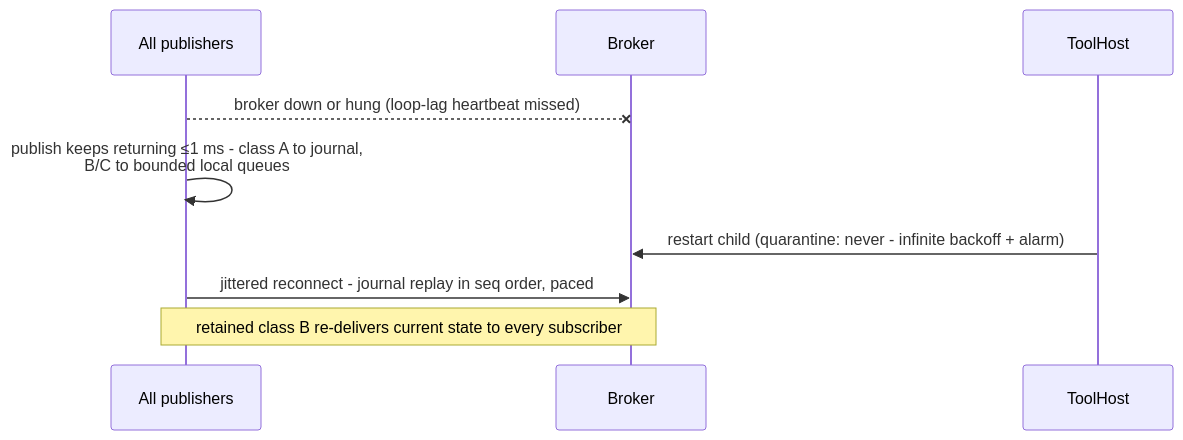
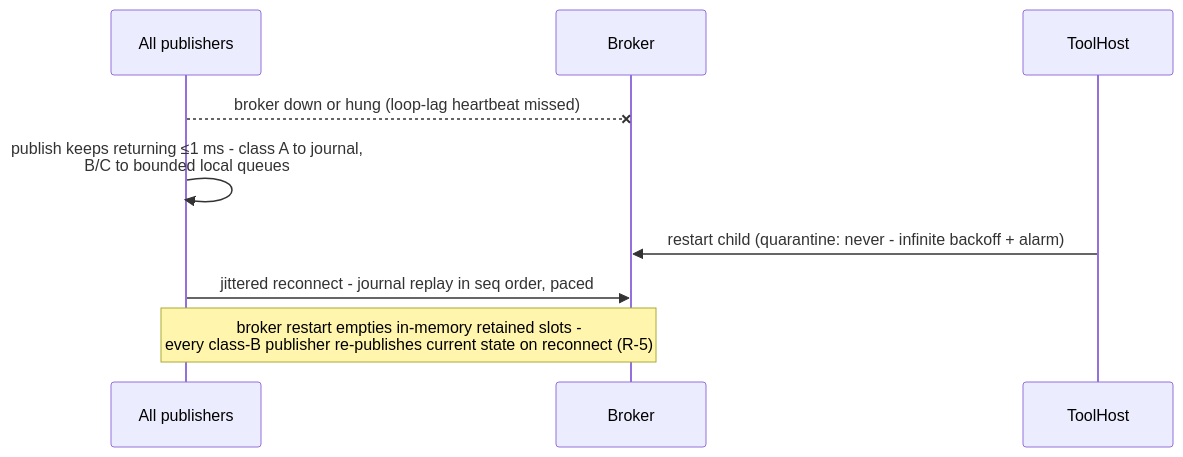
Before and after one commit to amitA-camtek/bus_gateway: the seventh of 11 diagrams in stage/01-system-architecture.md, drawn with Mermaid. The commit also changed other lines of this file and 27 other files, not shown here.

````diff
--- a/stage/01-system-architecture.md
+++ b/stage/01-system-architecture.md
@@ -161,12 +161,12 @@
 ```mermaid
 sequenceDiagram
     participant P as All publishers
     participant BUS as Broker
     participant TH as ToolHost
 
     P--xBUS: broker down or hung (loop-lag heartbeat missed)
     P->>P: publish keeps returning ≤1 ms - class A to journal,<br/>B/C to bounded local queues
     TH->>BUS: restart child (quarantine: never - infinite backoff + alarm)
     P->>BUS: jittered reconnect - journal replay in seq order, paced
-    Note over P,BUS: retained class B re-delivers current state to every subscriber
+    Note over P,BUS: broker restart empties in-memory retained slots -<br/>every class-B publisher re-publishes current state on reconnect (R-5)
 ```
````
